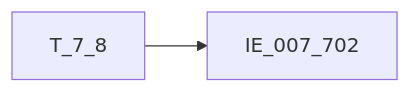
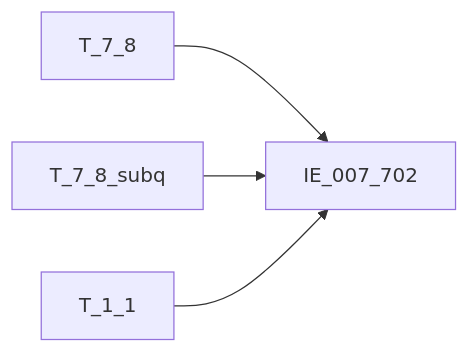
Before and after one commit to zhoujk1989-arch/Obsidian: the diagram in regulatory-data-lab/知识库/血缘/EAST5.0系统/血缘-IE_007_702-资产核销表-EAST5.0系统.md, drawn with Mermaid. The commit also changed other lines of this file and 93 other files, not shown here.

````diff
--- a/regulatory-data-lab/知识库/血缘/EAST5.0系统/血缘-IE_007_702-资产核销表-EAST5.0系统.md
+++ b/regulatory-data-lab/知识库/血缘/EAST5.0系统/血缘-IE_007_702-资产核销表-EAST5.0系统.md
@@ -82,4 +88,6 @@
 ```mermaid
 flowchart LR
     S1["T_7_8"] --> T["IE_007_702"]
+    S2["T_7_8_subq"] --> T
+    S3["T_1_1"] --> T
 ```
````
